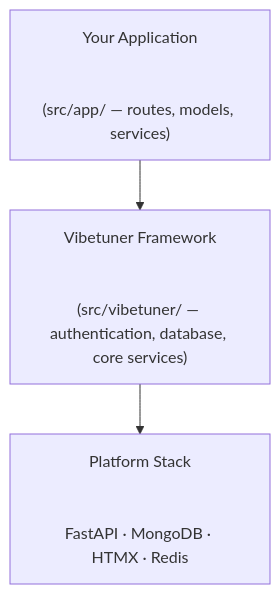
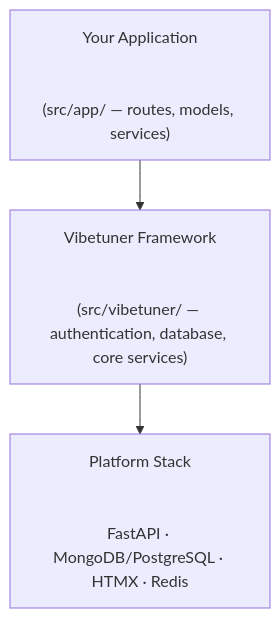
One commit to alltuner/vibetuner changed the first of 3 diagrams in vibetuner-docs/docs/architecture.md. Above: the diagram before and after it, drawn with Mermaid. The commit also changed other lines of this file and 15 other files, not shown here.

````diff
--- a/vibetuner-docs/docs/architecture.md
+++ b/vibetuner-docs/docs/architecture.md
@@ -9,13 +9,13 @@
 ```mermaid
 flowchart TD
 A["Your Application
 <br />
 (src/app/ — routes, models, services)"]
 B["Vibetuner Framework
 <br />
 (src/vibetuner/ — authentication, database, core services)"]
 C["Platform Stack
 <br />
-FastAPI · MongoDB · HTMX · Redis"]
+FastAPI · MongoDB/PostgreSQL · HTMX · Redis"]
 A --> B --> C
 ```
````
